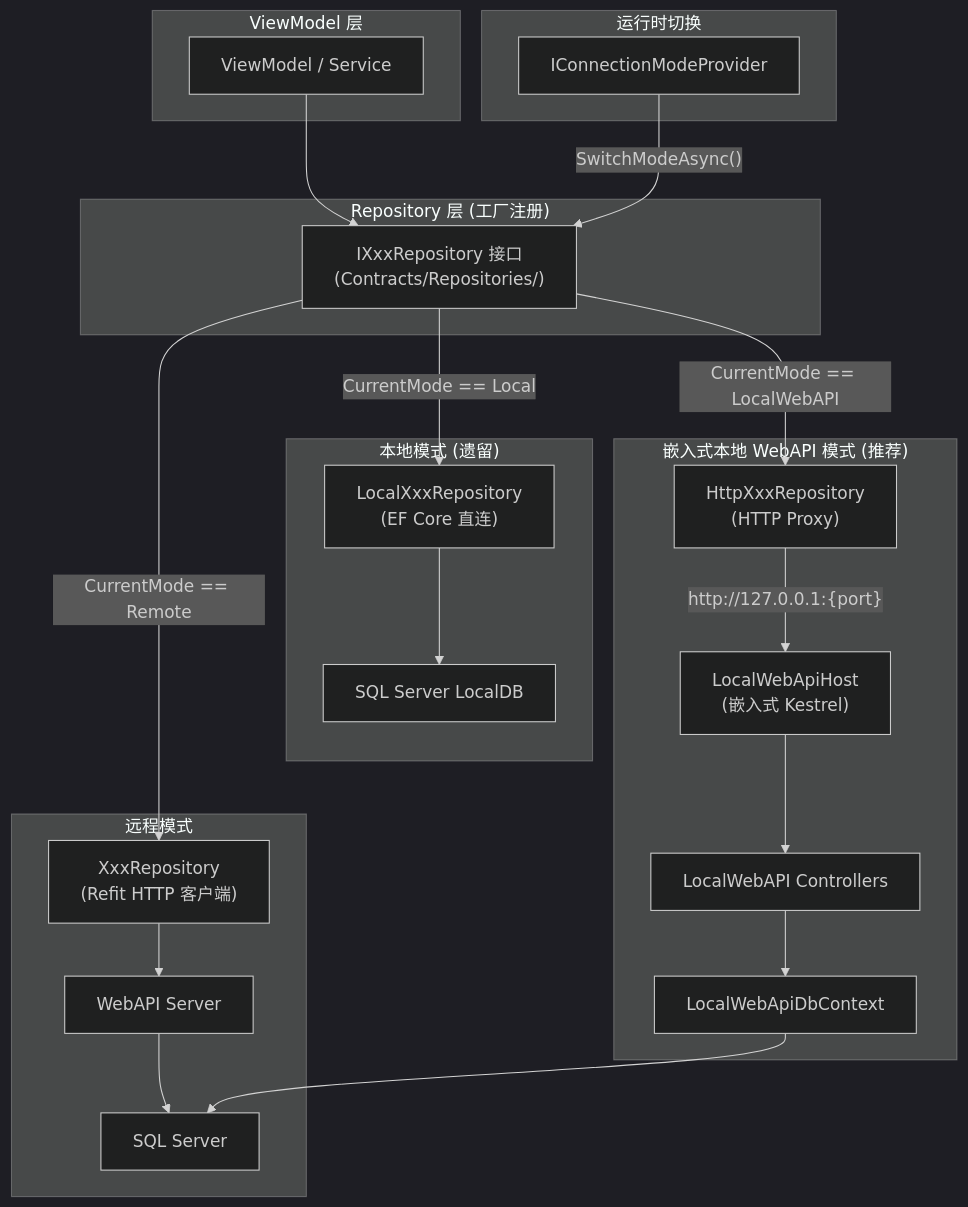
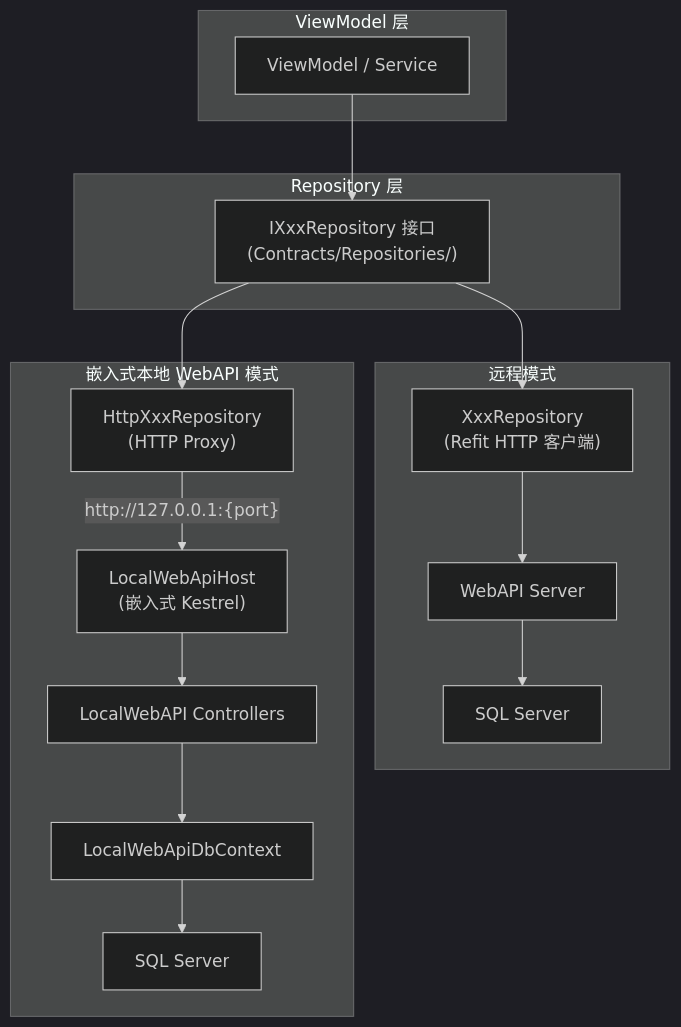
The first of 2 diagrams in docs/03-architecture/dual-mode.md (shouqitao/LYBTZYZS), drawn with Mermaid (dark theme) before and after one commit. The commit also changed other lines of this file and 78 other files, not shown here.

````diff
--- a/docs/03-architecture/dual-mode.md
+++ b/docs/03-architecture/dual-mode.md
@@ -18,44 +16,32 @@
 ```mermaid
 graph TB
     subgraph VM["ViewModel 层"]
         BL["ViewModel / Service"]
     end
 
-    subgraph REPO["Repository 层 (工厂注册)"]
+    subgraph REPO["Repository 层"]
         IRepo["IXxxRepository 接口<br>(Contracts/Repositories/)"]
     end
 
     BL --> IRepo
-
-    IRepo -->|"CurrentMode == Remote"| RemoteRepo
-    IRepo -->|"CurrentMode == Local"| LocalRepo
-    IRepo -->|"CurrentMode == LocalWebAPI"| HttpRepo
 
     subgraph Remote["远程模式"]
         RemoteRepo["XxxRepository<br>(Refit HTTP 客户端)"]
         API["WebAPI Server"]
         SQL["SQL Server"]
         RemoteRepo --> API --> SQL
     end
 
-    subgraph Local["本地模式 (遗留)"]
-        LocalRepo["LocalXxxRepository<br>(EF Core 直连)"]
-        LocalDB["SQL Server LocalDB"]
-        LocalRepo --> LocalDB
-    end
-
-    subgraph LocalWebAPI["嵌入式本地 WebAPI 模式 (推荐)"]
+    subgraph LocalWebAPI["嵌入式本地 WebAPI 模式"]
         HttpRepo["HttpXxxRepository<br>(HTTP Proxy)"]
         Kestrel["LocalWebApiHost<br>(嵌入式 Kestrel)"]
-        SQL["SQL Server"]
+        SQL2["SQL Server"]
         HttpRepo -->|"http://127.0.0.1:{port}"| Kestrel
         Kestrel --> Controllers["LocalWebAPI Controllers"]
         Controllers --> DbContext["LocalWebApiDbContext"]
-        DbContext --> SQL
+        DbContext --> SQL2
     end
 
-    subgraph Switch["运行时切换"]
-        CMP["IConnectionModeProvider"]
-        CMP -->|"SwitchModeAsync()"| IRepo
-    end
+    IRepo --> RemoteRepo
+    IRepo --> HttpRepo
 ```
````
